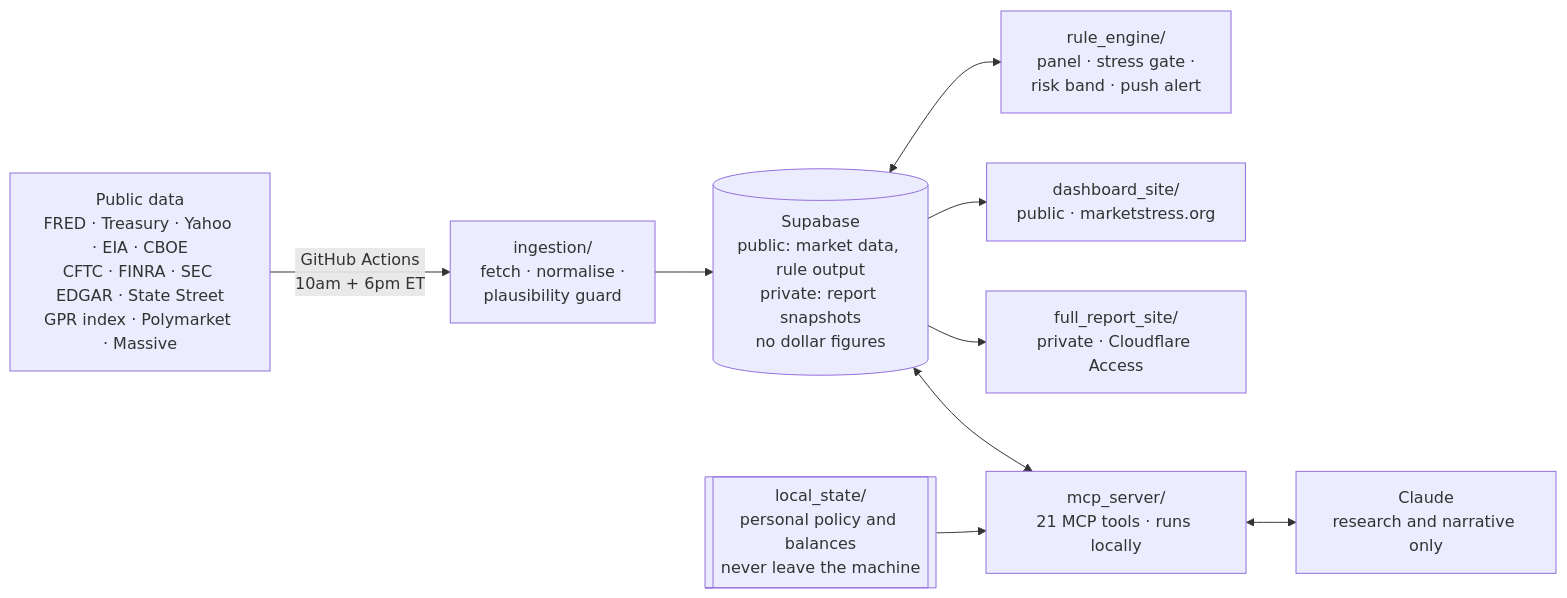
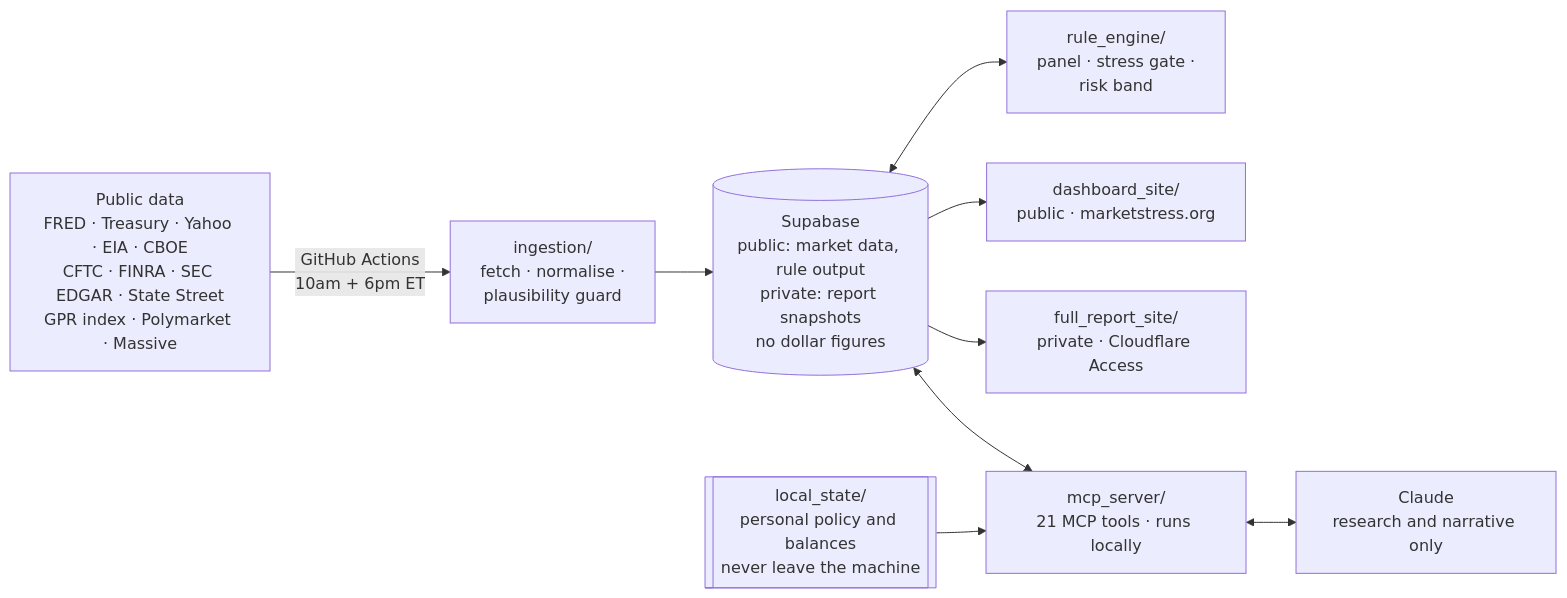
The diagram in README.md (abhay-sud/market-stress-monitor), drawn with Mermaid before and after one commit. The commit also changed other lines of this file and 13 other files, not shown here.

First line of the commit message:
feat: wave-trigger push alert (local); retire the 2-confirmed-RED alert

````diff
--- a/README.md
+++ b/README.md
@@ -95,20 +95,20 @@
 ```mermaid
 flowchart LR
     SRC["Public data<br/>FRED · Treasury · Yahoo · EIA · CBOE<br/>CFTC · FINRA · SEC EDGAR · State Street<br/>GPR index · Polymarket · Massive"]
     ING["ingestion/<br/>fetch · normalise ·<br/>plausibility guard"]
     DB[("Supabase<br/>public: market data, rule output<br/>private: report snapshots<br/>no dollar figures")]
-    RE["rule_engine/<br/>panel · stress gate ·<br/>risk band · push alert"]
+    RE["rule_engine/<br/>panel · stress gate ·<br/>risk band"]
     DASH["dashboard_site/<br/>public · marketstress.org"]
     FULL["full_report_site/<br/>private · Cloudflare Access"]
     MCP["mcp_server/<br/>21 MCP tools · runs locally"]
     LOCAL[["local_state/<br/>personal policy and balances<br/>never leave the machine"]]
     LLM["Claude<br/>research and narrative only"]
 
     SRC -->|"GitHub Actions<br/>10am + 6pm ET"| ING --> DB
     DB <--> RE
     DB --> DASH
     DB --> FULL
     DB <--> MCP
     LOCAL --> MCP
     MCP <--> LLM
 ```
````
